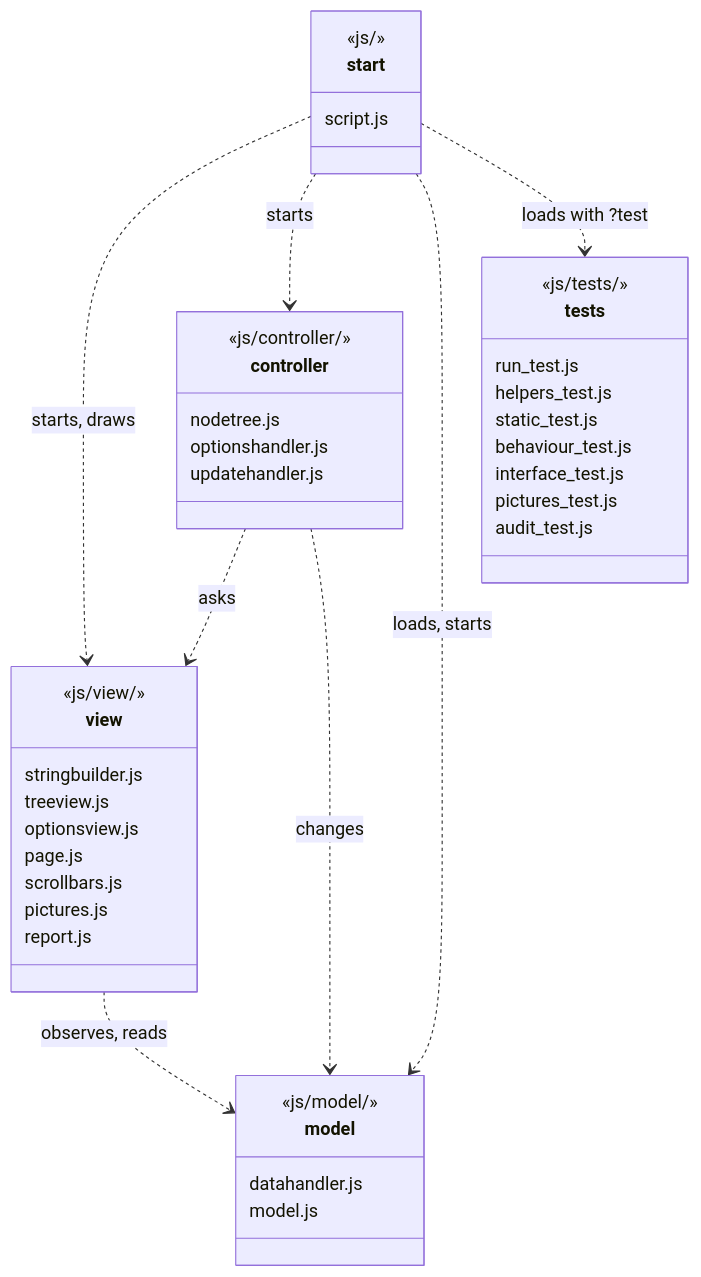
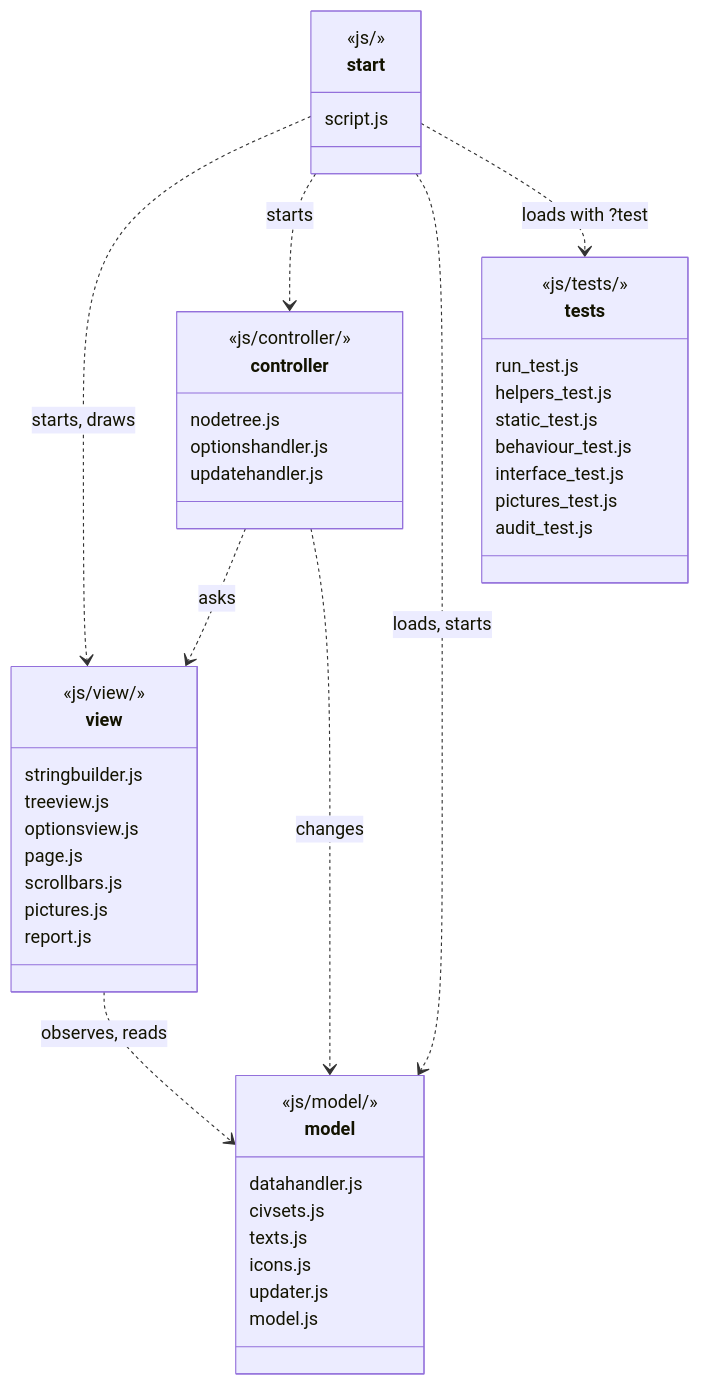
One commit to cnordenb/civexplorer.net changed the diagram in documentation/MAINTAINER.md. Above: the diagram before and after it, drawn with Mermaid. The commit also changed other lines of this file and 58 other files, not shown here.

````diff
--- a/documentation/MAINTAINER.md
+++ b/documentation/MAINTAINER.md
@@ -135,46 +142,50 @@
 ```mermaid
 classDiagram
   direction TB
   class start {
     <<js/>>
     script.js
   }
   class controller {
     <<js/controller/>>
     nodetree.js
     optionshandler.js
     updatehandler.js
   }
   class view {
     <<js/view/>>
     stringbuilder.js
     treeview.js
     optionsview.js
     page.js
     scrollbars.js
     pictures.js
     report.js
   }
   class model {
     <<js/model/>>
     datahandler.js
+    civsets.js
+    texts.js
+    icons.js
+    updater.js
     model.js
   }
   class tests {
     <<js/tests/>>
     run_test.js
     helpers_test.js
     static_test.js
     behaviour_test.js
     interface_test.js
     pictures_test.js
     audit_test.js
   }
   start ..> view : starts, draws
   start ..> controller : starts
   start ..> model : loads, starts
   controller ..> view : asks
   controller ..> model : changes
   view ..> model : observes, reads
   start ..> tests : loads with ?test
 ```
````
